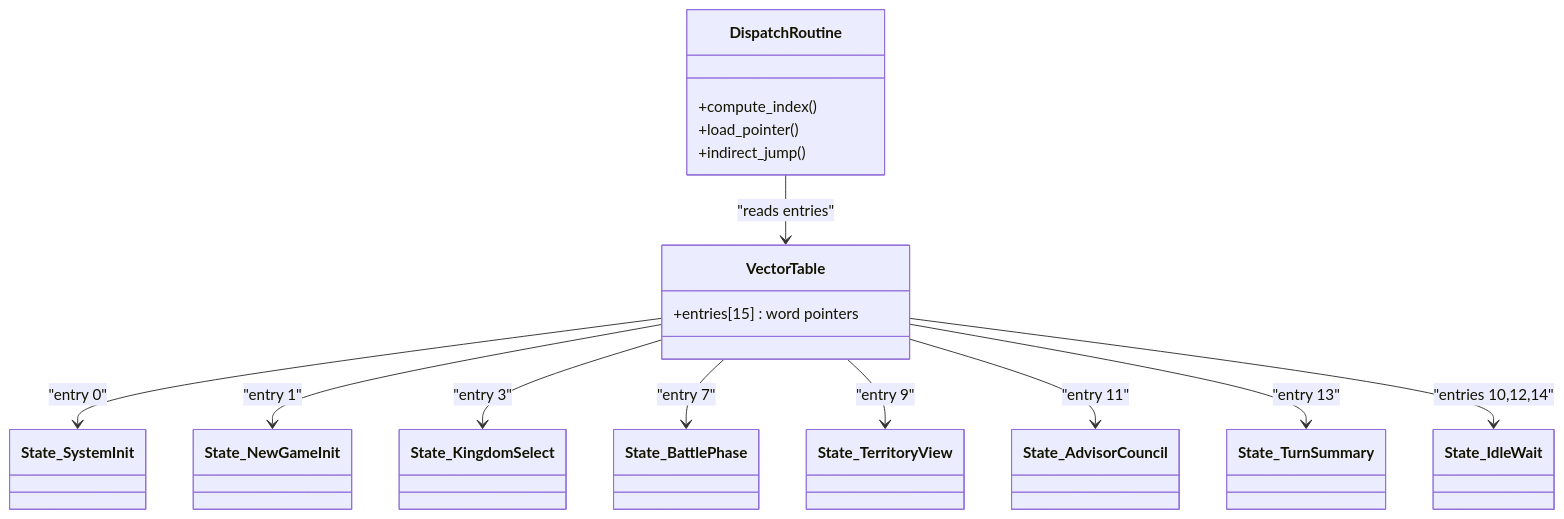
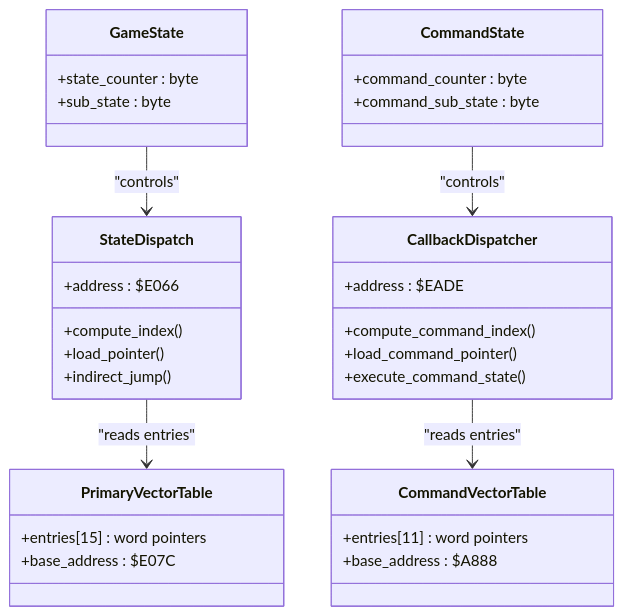
One commit to rabbyzero/sango2dasm changed the fourth of 6 diagrams in .qoder/repowiki/en/content/Game State Management/State Machine Architecture/State Machine Architecture.md. Above: the diagram before and after it, drawn with Mermaid. The commit also changed other lines of this file and 12 other files, not shown here.

````diff
--- a/.qoder/repowiki/en/content/Game State Management/State Machine Architecture/State Machine Architecture.md
+++ b/.qoder/repowiki/en/content/Game State Management/State Machine Architecture/State Machine Architecture.md
@@ -144,28 +203,35 @@
 ```mermaid
 classDiagram
-class VectorTable {
+class PrimaryVectorTable {
 +entries[15] : word pointers
++base_address : $E07C
 }
-class DispatchRoutine {
+class CommandVectorTable {
++entries[11] : word pointers
++base_address : $A888
+}
+class StateDispatch {
 +compute_index()
 +load_pointer()
 +indirect_jump()
++address : $E066
 }
-class State_SystemInit
-class State_NewGameInit
-class State_KingdomSelect
-class State_BattlePhase
-class State_TerritoryView
-class State_AdvisorCouncil
-class State_TurnSummary
-class State_IdleWait
-DispatchRoutine --> VectorTable : "reads entries"
-VectorTable --> State_SystemInit : "entry 0"
-VectorTable --> State_NewGameInit : "entry 1"
-VectorTable --> State_KingdomSelect : "entry 3"
-VectorTable --> State_BattlePhase : "entry 7"
-VectorTable --> State_TerritoryView : "entry 9"
-VectorTable --> State_AdvisorCouncil : "entry 11"
-VectorTable --> State_TurnSummary : "entry 13"
-VectorTable --> State_IdleWait : "entries 10,12,14"
+class CallbackDispatcher {
++compute_command_index()
++load_command_pointer()
++execute_command_state()
++address : $EADE
+}
+class GameState {
++state_counter : byte
++sub_state : byte
+}
+class CommandState {
++command_counter : byte
++command_sub_state : byte
+}
+StateDispatch --> PrimaryVectorTable : "reads entries"
+CallbackDispatcher --> CommandVectorTable : "reads entries"
+GameState --> StateDispatch : "controls"
+CommandState --> CallbackDispatcher : "controls"
 ```
````
